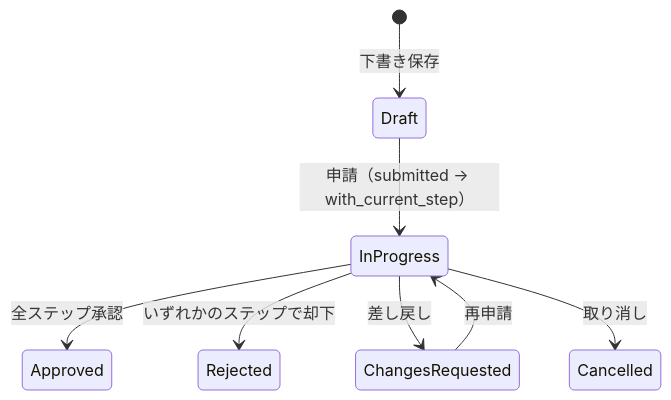
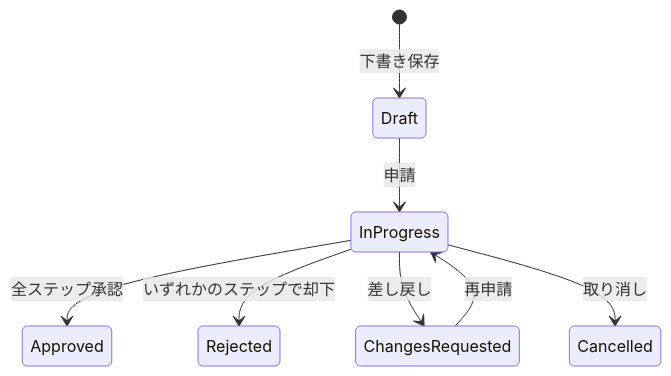
The third of 3 diagrams in docs/90_実装解説/ワークフロー/01_申請フロー.md (ka2kama/ringiflow), drawn with Mermaid before and after one commit. The commit also changed other lines of this file and 4 other files, not shown here.

First line of the commit message:
#1128 Add remaining workflow E2E flow docs (#1133)

````diff
--- a/docs/90_実装解説/ワークフロー/01_申請フロー.md
+++ b/docs/90_実装解説/ワークフロー/01_申請フロー.md
@@ -133,10 +133,10 @@
 ```mermaid
 stateDiagram-v2
     [*] --> Draft: 下書き保存
-    Draft --> InProgress: 申請（submitted → with_current_step）
+    Draft --> InProgress: 申請
     InProgress --> Approved: 全ステップ承認
     InProgress --> Rejected: いずれかのステップで却下
     InProgress --> ChangesRequested: 差し戻し
     ChangesRequested --> InProgress: 再申請
     InProgress --> Cancelled: 取り消し
 ```
````
